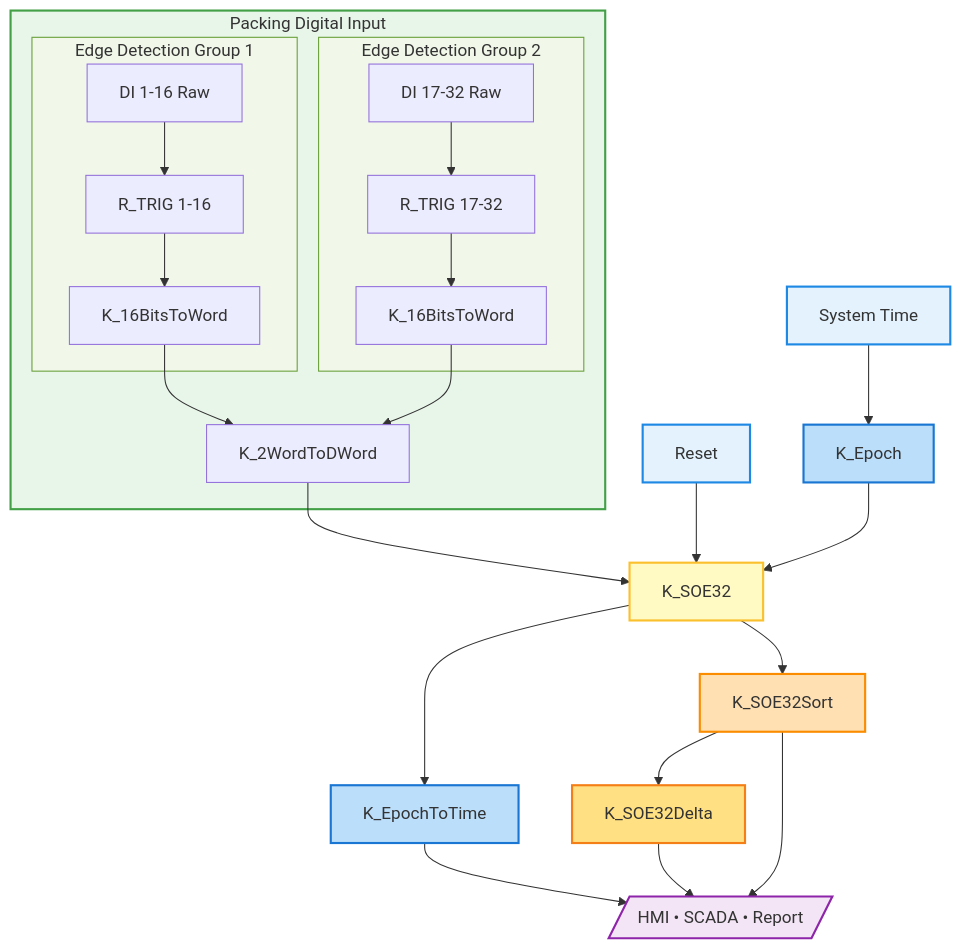
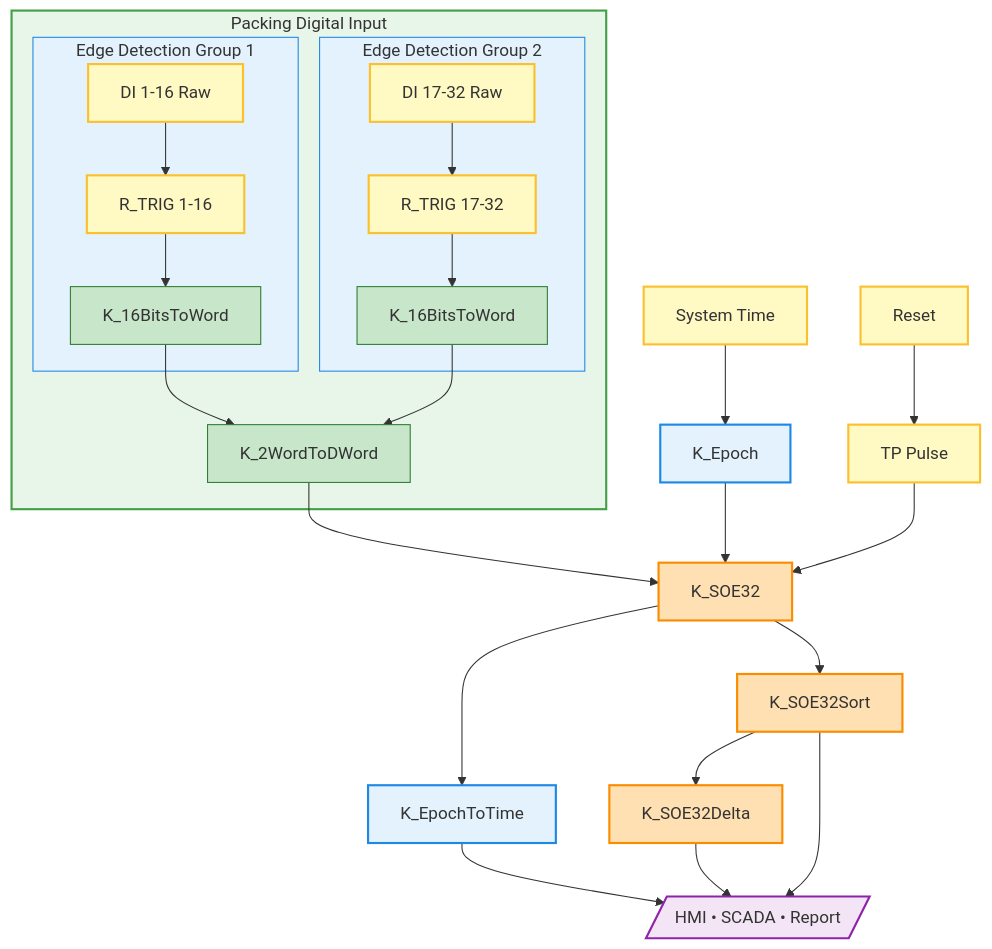
The diagram in docs/_posts/2025-11-08-building-sequence-of-event-soe-management-in-supcon-jx-300xp.md (kumajaya/automation-blog), drawn with Mermaid before and after one commit. The commit also changed other lines of this file and 1 other file, not shown here.

```diff
--- a/docs/_posts/2025-11-08-building-sequence-of-event-soe-management-in-supcon-jx-300xp.md
+++ b/docs/_posts/2025-11-08-building-sequence-of-event-soe-management-in-supcon-jx-300xp.md
@@ -50,43 +50,43 @@
   <div class="mermaid" style="max-width:85%; margin:auto; font-size:0.85rem;">
-    flowchart TD
-     subgraph ED2["Edge Detection Group 2"]
-            RT2["R_TRIG 17-32"]
-            DI2["DI 17-32 Raw"]
-            P2["K_16BitsToWord"]
-     end
-     subgraph ED1["Edge Detection Group 1"]
-            RT1["R_TRIG 1-16"]
-            DI1["DI 1-16 Raw"]
-            P1["K_16BitsToWord"]
-     end
-     subgraph PACKING["Packing Digital Input"]
-            ED1
-            ED2
-            MERGE["K_2WordToDWord"]
-     end
-        DI1 --&gt; RT1
-        RT1 --&gt; P1
-        DI2 --&gt; RT2
-        RT2 --&gt; P2
-        P1 --&gt; MERGE
+flowchart TD
+    subgraph ED2["Edge Detection Group 2"]
+        DI2["DI 17-32 Raw"] --&gt; RT2["R_TRIG 17-32"]
+        RT2 --&gt; P2["K_16BitsToWord"]
+    end
+    subgraph ED1["Edge Detection Group 1"]
+        DI1["DI 1-16 Raw"] --&gt; RT1["R_TRIG 1-16"]
+        RT1 --&gt; P1["K_16BitsToWord"]
+    end
+    subgraph PACKING["Packing Digital Input"]
+        ED1
+        ED2
+        P1 --&gt; MERGE["K_2WordToDWord"]
         P2 --&gt; MERGE
-        MERGE --&gt; SOE["K_SOE32"]
-        TIME["System Time"] --&gt; EP["K_Epoch"]
-        EP --&gt; SOE
-        RESET["Reset"] --&gt; SOE
-        SOE --&gt; EPT["K_EpochToTime"] &amp; SORT["K_SOE32Sort"]
-        SORT --&gt; DELTA["K_SOE32Delta"] &amp; HMI[/"HMI • SCADA • Report"/]
-        EPT --&gt; HMI
-        DELTA --&gt; HMI
-        style ED1 fill:#F1F8E9,stroke:#689F38,stroke-width:1px
-        style ED2 fill:#F1F8E9,stroke:#689F38,stroke-width:1px
-        style TIME fill:#E3F2FD,stroke:#1E88E5,stroke-width:2px
-        style EP fill:#BBDEFB,stroke:#1976D2,stroke-width:2px
-        style SOE fill:#FFF9C4,stroke:#FBC02D,stroke-width:2px
-        style RESET fill:#E3F2FD,stroke:#1E88E5,stroke-width:2px
-        style EPT fill:#BBDEFB,stroke:#1976D2,stroke-width:2px
-        style SORT fill:#FFE0B2,stroke:#FB8C00,stroke-width:2px
-        style DELTA fill:#FFE082,stroke:#F57F17,stroke-width:2px
-        style HMI fill:#F3E5F5,stroke:#8E24AA,stroke-width:2px
-        style PACKING fill:#E8F5E9,stroke:#43A047,stroke-width:2px
+    end
+    TIME["System Time"] --&gt; EP["K_Epoch"]
+    MERGE --&gt; SOE["K_SOE32"]
+    EP --&gt; SOE
+    RESET["Reset"] --&gt; TP["TP Pulse"] --&gt; SOE
+    SOE --&gt; EPT["K_EpochToTime"]
+    SOE --&gt; SORT["K_SOE32Sort"]
+    SORT --&gt; DELTA["K_SOE32Delta"]
+    SORT --&gt; HMI[/"HMI • SCADA • Report"/]
+    EPT --&gt; HMI
+    DELTA --&gt; HMI
+    %% ClassDef for Efficient Styling (Variasi Warna)
+    classDef edge1 fill:#E3F2FD,stroke:#1E88E5,stroke-width:1px
+    classDef edge2 fill:#C8E6C9,stroke:#2E7D32,stroke-width:1px
+    classDef time fill:#E3F2FD,stroke:#1E88E5,stroke-width:2px
+    classDef system fill:#FFF9C4,stroke:#FBC02D,stroke-width:2px
+    classDef sort fill:#FFE0B2,stroke:#FB8C00,stroke-width:2px
+    classDef hmi fill:#F3E5F5,stroke:#8E24AA,stroke-width:2px
+    classDef pack fill:#E8F5E9,stroke:#43A047,stroke-width:2px
+    %% Assign Classes
+    class ED1,ED2 edge1
+    class PACKING pack
+    class P1,P2,MERGE edge2
+    class EP,EPT time
+    class DI1,DI2,RT1,RT2,TIME,RESET,TP system
+    class SOE,SORT,DELTA sort
+    class HMI hmi
   </div>
```
